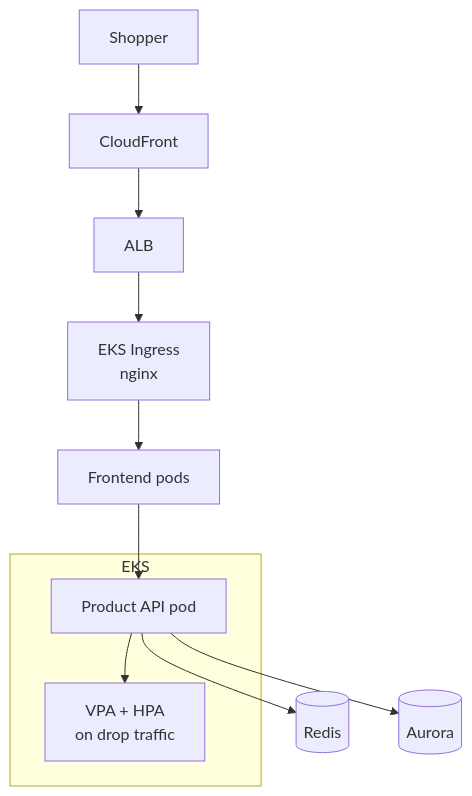
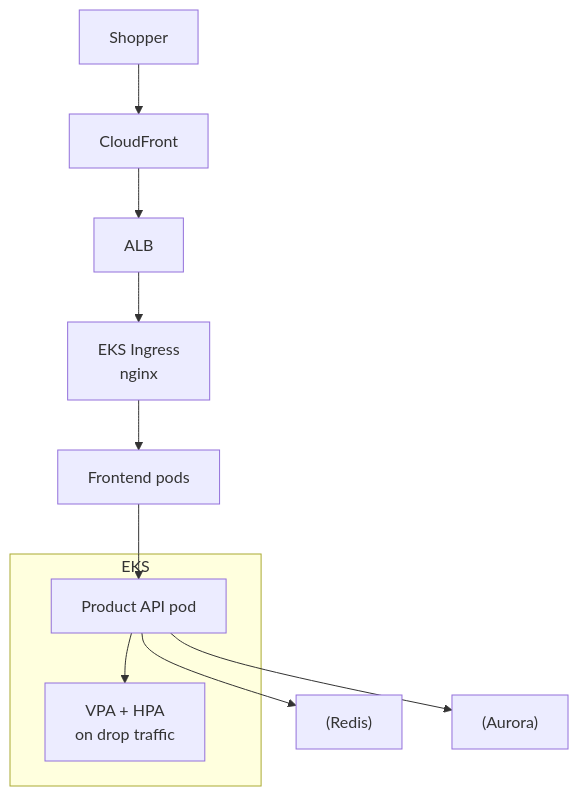
Before and after one commit to WhoisMonesh/K8S-Everything: the diagram in 17-company-cases/adidas.md, drawn with Mermaid. The commit also changed 62 other files, not shown here.

First line of the commit message:
Fix all Mermaid diagrams for GitHub compatibility

````diff
--- a/17-company-cases/adidas.md
+++ b/17-company-cases/adidas.md
@@ -24,14 +24,14 @@
 ```mermaid
 graph TD
     Shopper --> CF[CloudFront]
     CF --> LB[ALB]
     LB --> Ingress[EKS Ingress<br/>nginx]
     Ingress --> FE[Frontend pods]
     FE --> API[Product API pod]
-    API --> Cache[(Redis)]
-    API --> DB[(Aurora)]
-    subgraph EKS
+    API --> Cache["(Redis)"]
+    API --> DB["(Aurora)"]
+    subgraph "EKS"
         HPA[VPA + HPA<br/>on drop traffic]
         API --> HPA
     end
 ```
````
